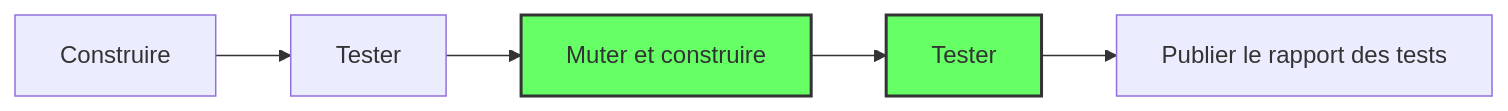
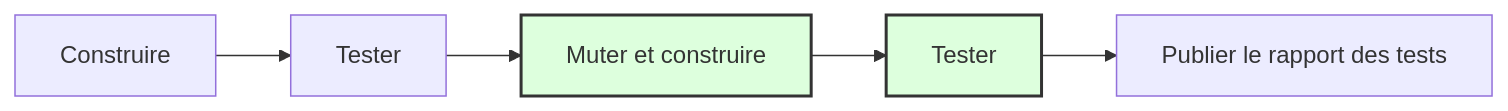
Before and after one commit to NexusInnovation/nexlab.mutationtesting: the diagram in README.md, drawn with Mermaid. The commit also changed other lines of this file, not shown here.

````diff
--- a/README.md
+++ b/README.md
@@ -20,10 +20,10 @@
 ```mermaid
 graph LR
     A[Construire] --> B[Tester]
     B --> C[Muter et construire]
     C --> D[Tester]
     D --> E[Publier le rapport des tests]
 
-    style C fill:#66ff66,stroke:#333,stroke-width:2px
-    style D fill:#66ff66,stroke:#333,stroke-width:2px
+    style C fill:#DDffDD,stroke:#333,stroke-width:2px,font-color:black
+    style D fill:#DDffDD,stroke:#333,stroke-width:2px,font-color:black
 ```
````
